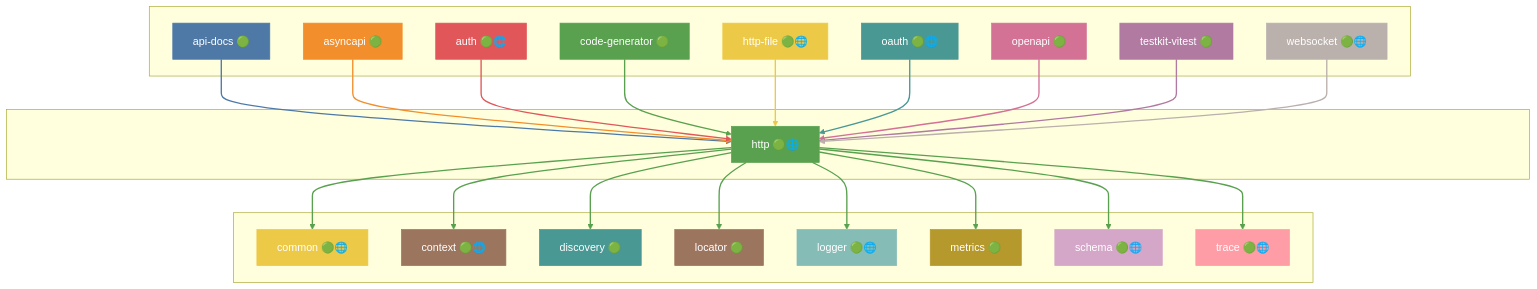
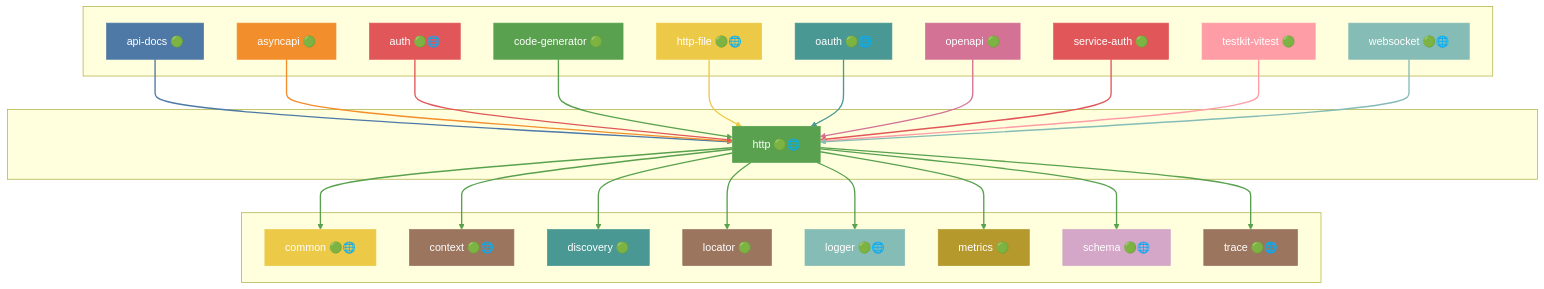
Diagram 24 of 48 in docs/DEPENDENCIES.md (grest-ts/grest-ts), drawn with Mermaid before and after one commit. The commit also changed other lines of this file and 21 other files, not shown here.

First line of the commit message:
service-auth: new @grest-ts/service-auth with GGSharedSecret

````diff
--- a/docs/DEPENDENCIES.md
+++ b/docs/DEPENDENCIES.md
@@ -1232,6 +1246,7 @@
         http-file["http-file 🟢🌐"]
         oauth["oauth 🟢🌐"]
         openapi["openapi 🟢"]
+        service-auth["service-auth 🟢"]
         testkit-vitest["testkit-vitest 🟢"]
         websocket["websocket 🟢🌐"]
     end
@@ -1255,6 +1270,7 @@
     http-file --> http
     oauth --> http
     openapi --> http
+    service-auth --> http
     testkit-vitest --> http
     websocket --> http
     http --> common
@@ -1273,8 +1289,9 @@
     style http-file fill:#EDC948,stroke:#EDC948,color:#fff
     style oauth fill:#499894,stroke:#499894,color:#fff
     style openapi fill:#D37295,stroke:#D37295,color:#fff
-    style testkit-vitest fill:#B07AA1,stroke:#B07AA1,color:#fff
-    style websocket fill:#BAB0AC,stroke:#BAB0AC,color:#fff
+    style service-auth fill:#E15759,stroke:#E15759,color:#fff
+    style testkit-vitest fill:#FF9DA7,stroke:#FF9DA7,color:#fff
+    style websocket fill:#86BCB6,stroke:#86BCB6,color:#fff
     style common fill:#EDC948,stroke:#EDC948,color:#fff
     style context fill:#9C755F,stroke:#9C755F,color:#fff
     style discovery fill:#499894,stroke:#499894,color:#fff
@@ -1282,7 +1299,7 @@
     style logger fill:#86BCB6,stroke:#86BCB6,color:#fff
     style metrics fill:#B6992D,stroke:#B6992D,color:#fff
     style schema fill:#D4A6C8,stroke:#D4A6C8,color:#fff
-    style trace fill:#FF9DA7,stroke:#FF9DA7,color:#fff
+    style trace fill:#9C755F,stroke:#9C755F,color:#fff
     linkStyle 0 stroke:#4E79A7,stroke-width:2px
     linkStyle 1 stroke:#F28E2B,stroke-width:2px
     linkStyle 2 stroke:#E15759,stroke-width:2px
@@ -1290,9 +1307,9 @@
     linkStyle 4 stroke:#EDC948,stroke-width:2px
     linkStyle 5 stroke:#499894,stroke-width:2px
     linkStyle 6 stroke:#D37295,stroke-width:2px
-    linkStyle 7 stroke:#B07AA1,stroke-width:2px
-    linkStyle 8 stroke:#BAB0AC,stroke-width:2px
-    linkStyle 9 stroke:#59A14F,stroke-width:2px
+    linkStyle 7 stroke:#E15759,stroke-width:2px
+    linkStyle 8 stroke:#FF9DA7,stroke-width:2px
+    linkStyle 9 stroke:#86BCB6,stroke-width:2px
     linkStyle 10 stroke:#59A14F,stroke-width:2px
     linkStyle 11 stroke:#59A14F,stroke-width:2px
     linkStyle 12 stroke:#59A14F,stroke-width:2px
@@ -1300,4 +1317,5 @@
     linkStyle 14 stroke:#59A14F,stroke-width:2px
     linkStyle 15 stroke:#59A14F,stroke-width:2px
     linkStyle 16 stroke:#59A14F,stroke-width:2px
+    linkStyle 17 stroke:#59A14F,stroke-width:2px
 ```
````
